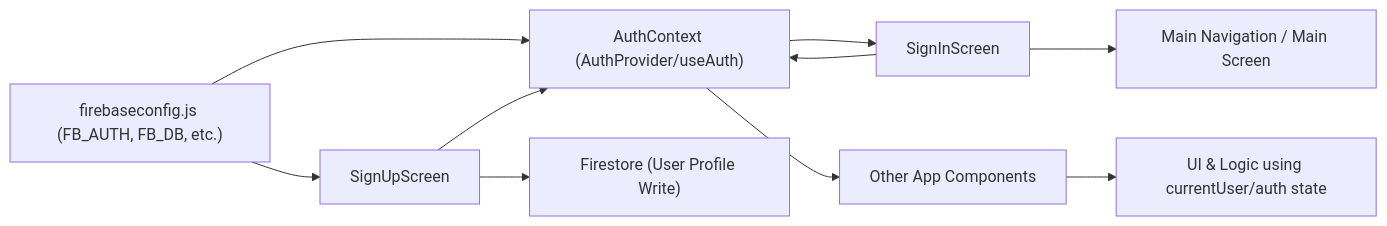
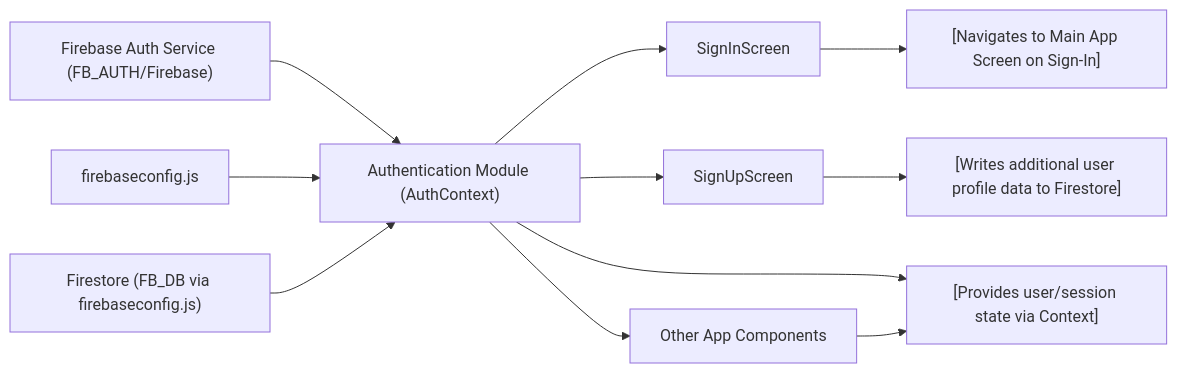
One commit to lucasboucher/Expo-Firebase-Boiler-Plate-2 changed the diagram in .shelfya/guide/authentication.md. Above: the diagram before and after it, drawn with Mermaid. The commit also changed other lines of this file and 7 other files, not shown here.

````diff
--- a/.shelfya/guide/authentication.md
+++ b/.shelfya/guide/authentication.md
@@ -68,11 +85,13 @@
 ```mermaid
 flowchart LR
-  firebaseconfig["firebaseconfig.js (FB_AUTH, FB_DB, etc.)"] --> authContext["AuthContext (AuthProvider/useAuth)"] --> signInScreen["SignInScreen"]
-  firebaseconfig --> signUpScreen["SignUpScreen"]
-  signInScreen --> navigation["Main Navigation / Main Screen"]
-  signUpScreen --> firestoreWrite["Firestore (User Profile Write)"]
-  authContext --> otherComponents["Other App Components"]
-  signUpScreen --> authContext
-  signInScreen --> authContext
-  otherComponents --> consumers["UI & Logic using currentUser/auth state"]
+  FirebaseAuth["Firebase Auth Service (FB_AUTH/Firebase)"] --> AuthContext["Authentication Module (AuthContext)"]
+  FirebaseConfig["firebaseconfig.js"] --> AuthContext
+  FirebaseFirestore["Firestore (FB_DB via firebaseconfig.js)"] --> AuthContext
+  AuthContext --> SignInScreen["SignInScreen"]
+  AuthContext --> SignUpScreen["SignUpScreen"]
+  AuthContext --> OtherConsumers["Other App Components"]
+  SignUpScreen --> FirestoreWrite["[Writes additional user profile data to Firestore]"]
+  SignInScreen --> Navigation["[Navigates to Main App Screen on Sign-In]"]
+  AuthContext --> StateManagement["[Provides user/session state via Context]"]
+  OtherConsumers --> StateManagement
 ```
````
